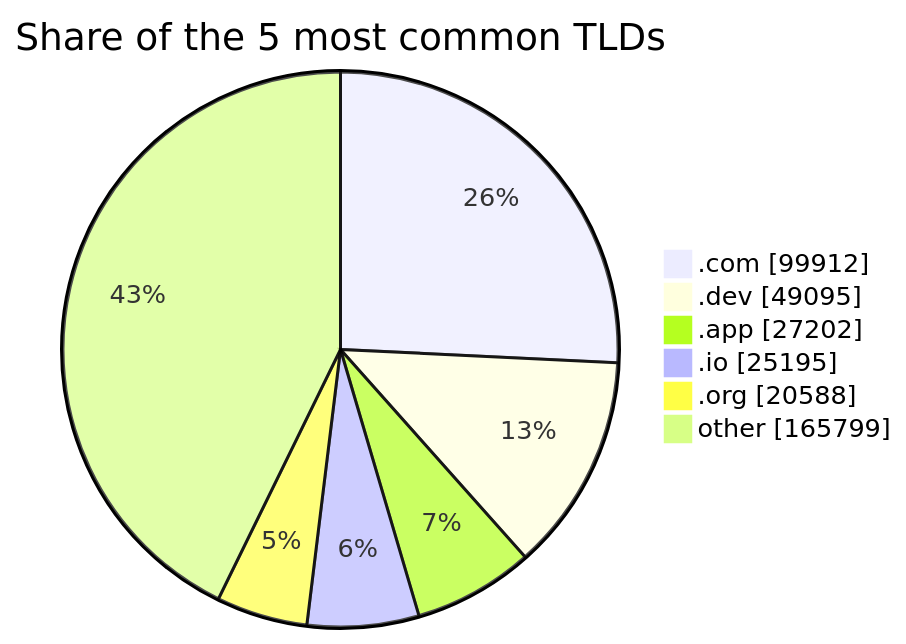
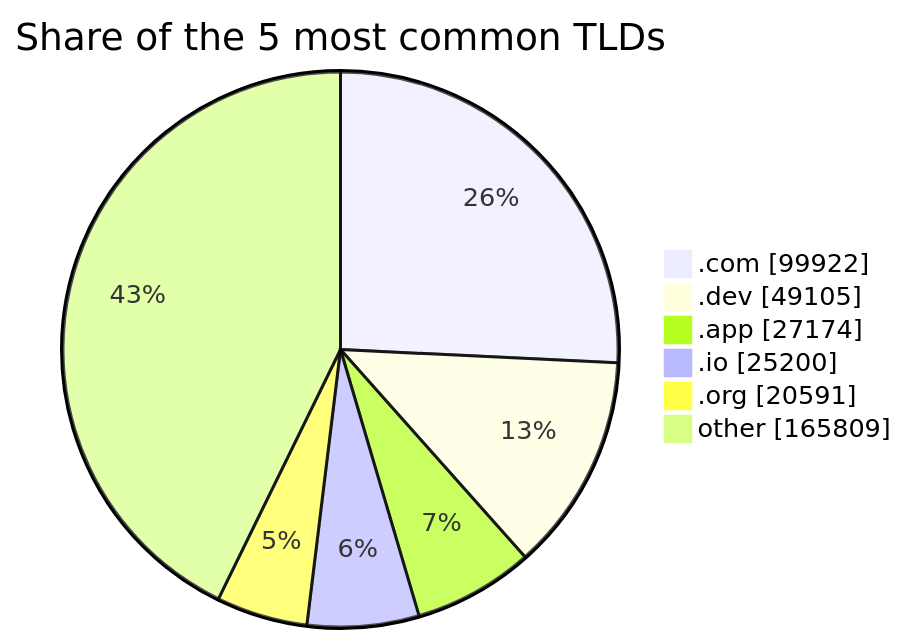
Before and after one commit to DNSBunker/CTI: the third of 3 diagrams in README.md, drawn with Mermaid. The commit also changed other lines of this file and 3 other files, not shown here.

````diff
--- a/README.md
+++ b/README.md
@@ -81,9 +81,9 @@
 ```mermaid
 pie showData title Share of the 5 most common TLDs
-    ".com" : 99912
-    ".dev" : 49095
-    ".app" : 27202
-    ".io" : 25195
-    ".org" : 20588
-    "other" : 165799
+    ".com" : 99922
+    ".dev" : 49105
+    ".app" : 27174
+    ".io" : 25200
+    ".org" : 20591
+    "other" : 165809
 ```
````
